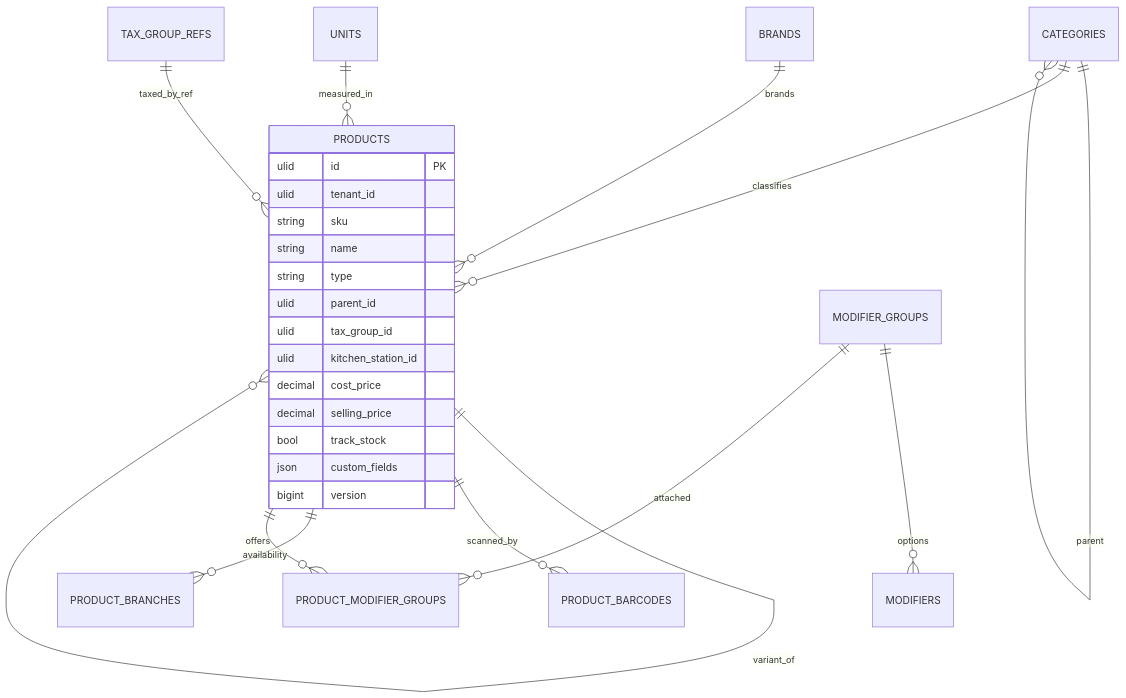
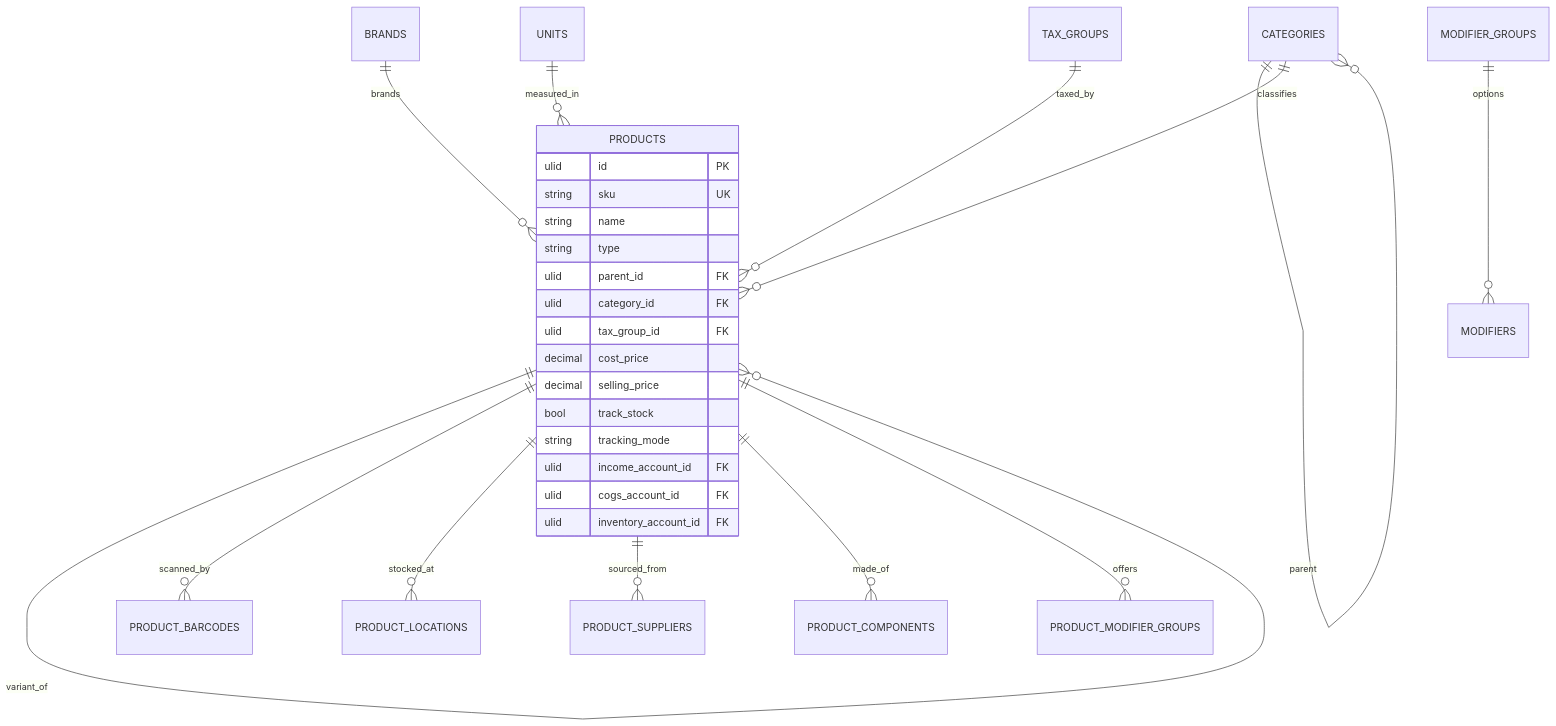
Before and after one commit to hasi94/SASS-POS: the third of 9 diagrams in docs/database.md, drawn with Mermaid. The commit also changed other lines of this file and 5 other files, not shown here.

First line of the commit message:
docs: architecture v0.4 — master database plus one database per tenant

````diff
--- a/docs/database.md
+++ b/docs/database.md
@@ -190,29 +418,31 @@
 ```mermaid
 erDiagram
   CATEGORIES ||--o{ CATEGORIES : parent
   CATEGORIES ||--o{ PRODUCTS : classifies
   BRANDS ||--o{ PRODUCTS : brands
   UNITS ||--o{ PRODUCTS : measured_in
   PRODUCTS ||--o{ PRODUCTS : variant_of
   PRODUCTS ||--o{ PRODUCT_BARCODES : scanned_by
-  PRODUCTS ||--o{ PRODUCT_BRANCHES : availability
+  PRODUCTS ||--o{ PRODUCT_LOCATIONS : stocked_at
+  PRODUCTS ||--o{ PRODUCT_SUPPLIERS : sourced_from
+  PRODUCTS ||--o{ PRODUCT_COMPONENTS : made_of
+  TAX_GROUPS ||--o{ PRODUCTS : taxed_by
   MODIFIER_GROUPS ||--o{ MODIFIERS : options
   PRODUCTS ||--o{ PRODUCT_MODIFIER_GROUPS : offers
-  MODIFIER_GROUPS ||--o{ PRODUCT_MODIFIER_GROUPS : attached
-  TAX_GROUP_REFS ||--o{ PRODUCTS : taxed_by_ref
   PRODUCTS {
     ulid id PK
-    ulid tenant_id
-    string sku
+    string sku UK
     string name
     string type
-    ulid parent_id
-    ulid tax_group_id
-    ulid kitchen_station_id
+    ulid parent_id FK
+    ulid category_id FK
+    ulid tax_group_id FK
     decimal cost_price
     decimal selling_price
     bool track_stock
-    json custom_fields
-    bigint version
+    string tracking_mode
+    ulid income_account_id FK
+    ulid cogs_account_id FK
+    ulid inventory_account_id FK
   }
 ```
````
